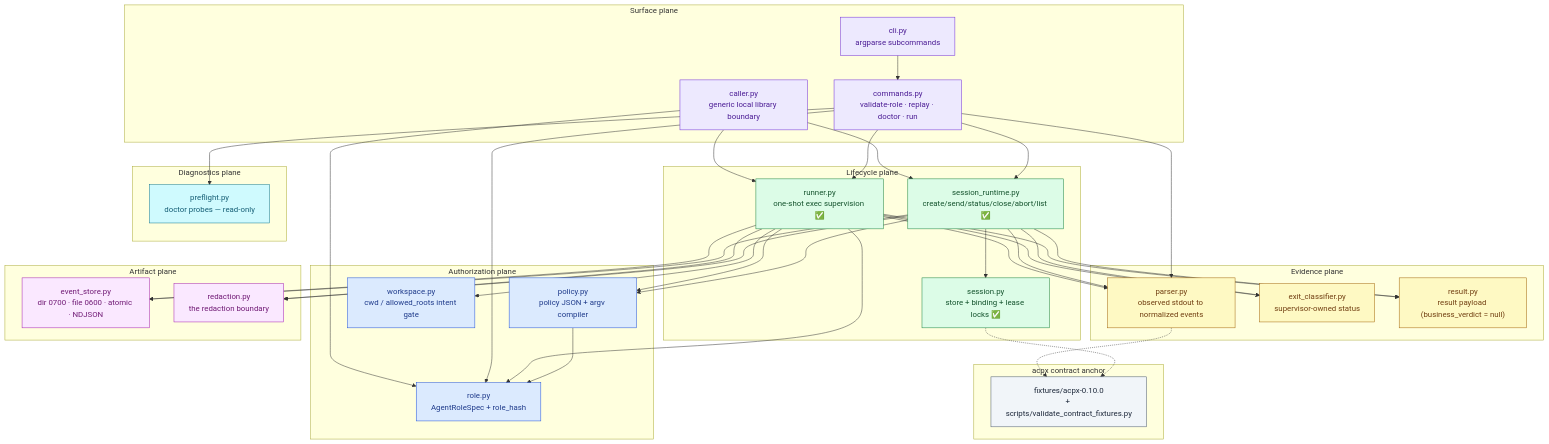
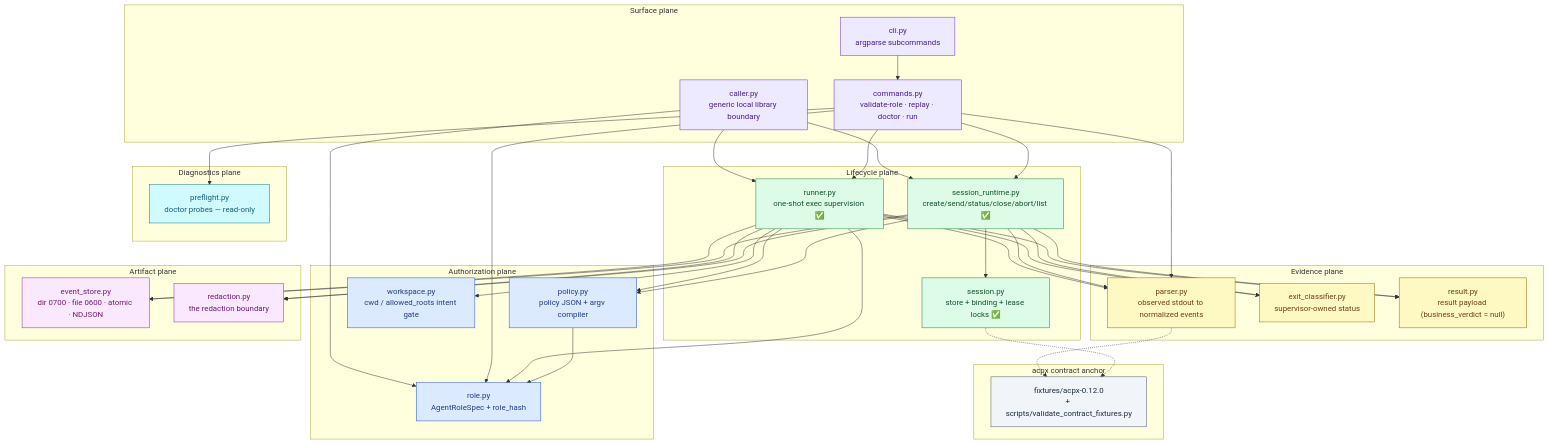
The second of 7 diagrams in docs/design/architecture.md (jovijovi/agent-run-supervisor), drawn with Mermaid before and after one commit. The commit also changed other lines of this file and 132 other files, not shown here.

Commit message:
Upgrade acpx contract to 0.12.0

```diff
--- a/docs/design/architecture.md
+++ b/docs/design/architecture.md
@@ -160,7 +160,7 @@
     end
 
     subgraph CONTRACT["acpx contract anchor"]
-        FIX["fixtures/acpx-0.10.0<br/>+ scripts/validate_contract_fixtures.py"]
+        FIX["fixtures/acpx-0.12.0<br/>+ scripts/validate_contract_fixtures.py"]
     end
 
     CLI --> CMD
```
